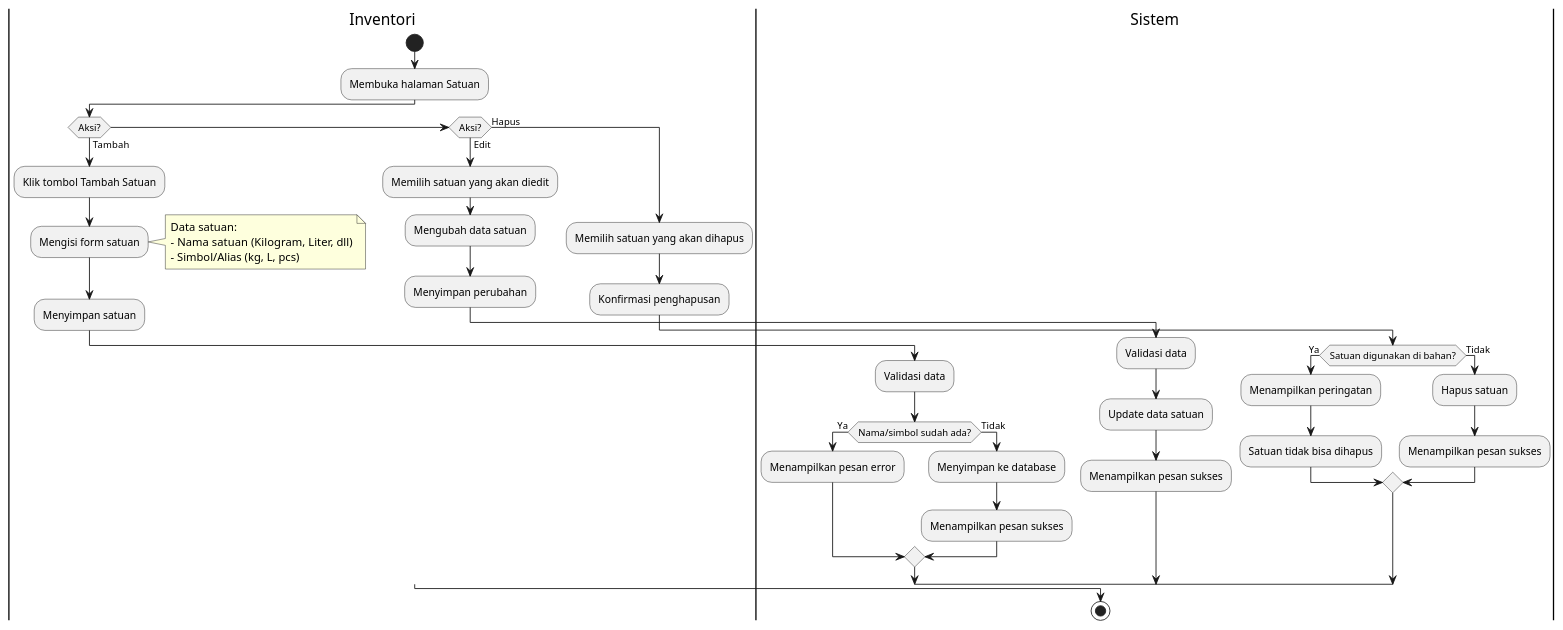
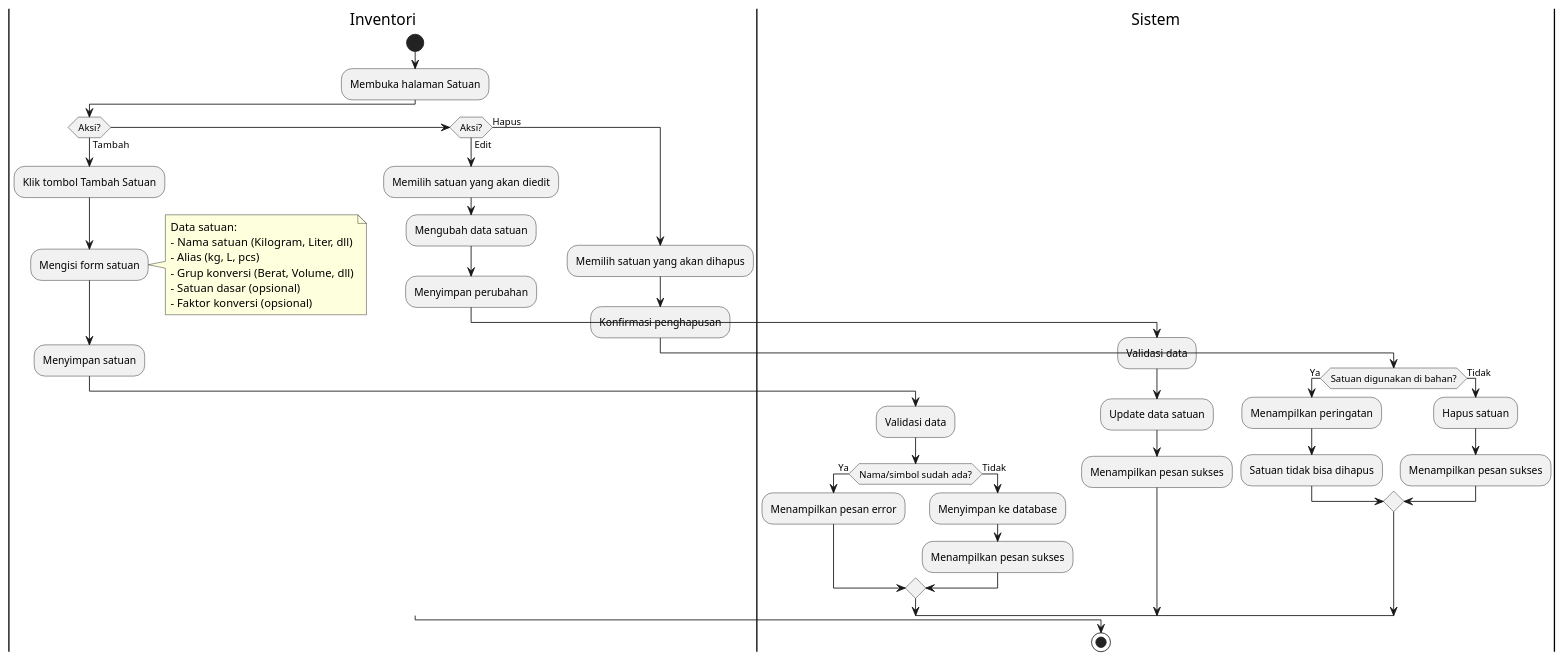
Before and after one commit to pawon3d/pawon3d: the diagram in docs/diagrams/puml/02_activity_kelola_satuan.puml, drawn with PlantUML. The commit also changed 15 other files, not shown here.

```diff
--- a/docs/diagrams/puml/02_activity_kelola_satuan.puml
+++ b/docs/diagrams/puml/02_activity_kelola_satuan.puml
@@ -1,56 +1,59 @@
 @startuml Activity Diagram - Proses Mengelola Satuan
 
 |Inventori|
 start
 :Membuka halaman Satuan;
 
 if (Aksi?) then (Tambah)
     :Klik tombol Tambah Satuan;
     :Mengisi form satuan;
     note right
       Data satuan:
       - Nama satuan (Kilogram, Liter, dll)
-      - Simbol/Alias (kg, L, pcs)
+      - Alias (kg, L, pcs)
+      - Grup konversi (Berat, Volume, dll)
+      - Satuan dasar (opsional)
+      - Faktor konversi (opsional)
     end note
     
     :Menyimpan satuan;
     
     |Sistem|
     :Validasi data;
     
     if (Nama/simbol sudah ada?) then (Ya)
         :Menampilkan pesan error;
     else (Tidak)
         :Menyimpan ke database;
         :Menampilkan pesan sukses;
     endif
     
 else if (Aksi?) then (Edit)
     |Inventori|
     :Memilih satuan yang akan diedit;
     :Mengubah data satuan;
     :Menyimpan perubahan;
     
     |Sistem|
     :Validasi data;
     :Update data satuan;
     :Menampilkan pesan sukses;
     
 else (Hapus)
     |Inventori|
     :Memilih satuan yang akan dihapus;
     :Konfirmasi penghapusan;
     
     |Sistem|
     if (Satuan digunakan di bahan?) then (Ya)
         :Menampilkan peringatan;
         :Satuan tidak bisa dihapus;
     else (Tidak)
         :Hapus satuan;
         :Menampilkan pesan sukses;
     endif
 endif
 
 stop
 
 @enduml
```
